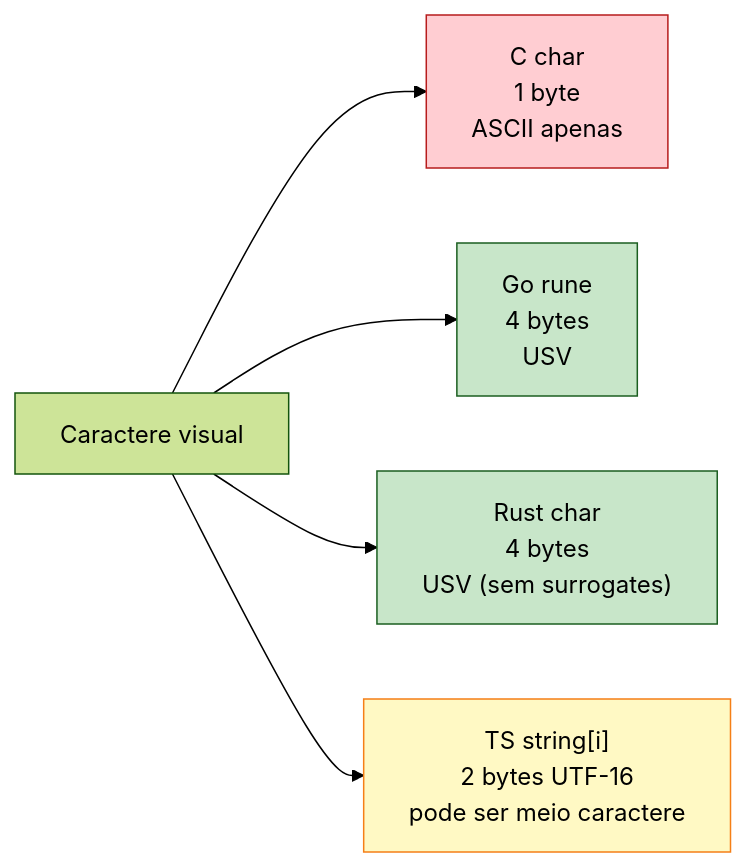
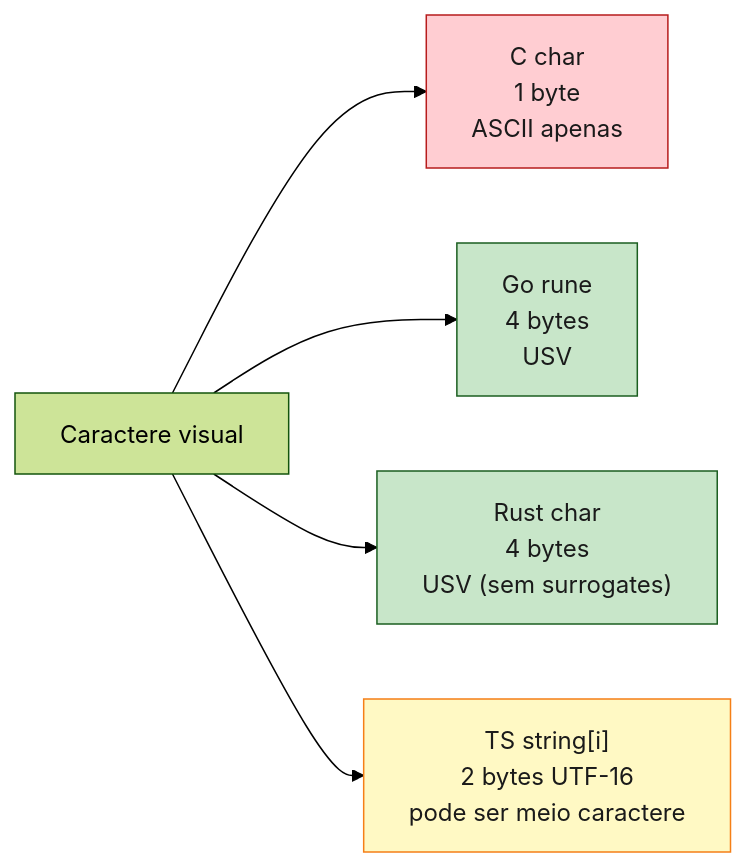
Before and after one commit to Felipeness/ferro-e-espirito: the first of 2 diagrams in book/part-02-foundations/ch05-tipos-primitivos.md, drawn with Mermaid (forest theme). The commit also changed other lines of this file and 56 other files, not shown here.

First line of the commit message:
fix: contraste de texto em diagramas mermaid

````diff
--- a/book/part-02-foundations/ch05-tipos-primitivos.md
+++ b/book/part-02-foundations/ch05-tipos-primitivos.md
@@ -269,13 +269,13 @@
 ```mermaid
 graph LR
     Char[Caractere visual]
     Char --> C["C char<br/>1 byte<br/>ASCII apenas"]
     Char --> Go["Go rune<br/>4 bytes<br/>USV"]
     Char --> Rust["Rust char<br/>4 bytes<br/>USV (sem surrogates)"]
     Char --> TS["TS string[i]<br/>2 bytes UTF-16<br/>pode ser meio caractere"]
 
-    style C fill:#ffcdd2,stroke:#b71c1c
-    style Go fill:#c8e6c9,stroke:#1b5e20
-    style Rust fill:#c8e6c9,stroke:#1b5e20
-    style TS fill:#fff9c4,stroke:#f57f17
+    style C fill:#ffcdd2,stroke:#b71c1c,color:#1a1a1a
+    style Go fill:#c8e6c9,stroke:#1b5e20,color:#1a1a1a
+    style Rust fill:#c8e6c9,stroke:#1b5e20,color:#1a1a1a
+    style TS fill:#fff9c4,stroke:#f57f17,color:#1a1a1a
 ```
````
